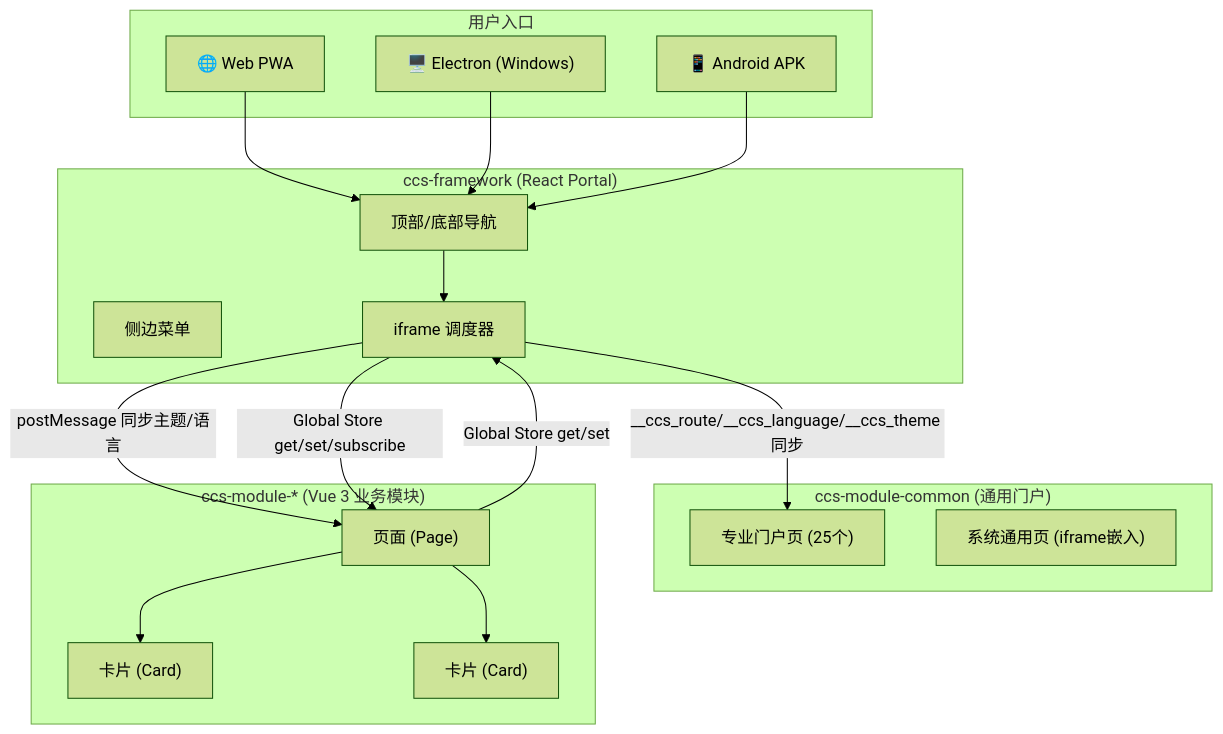
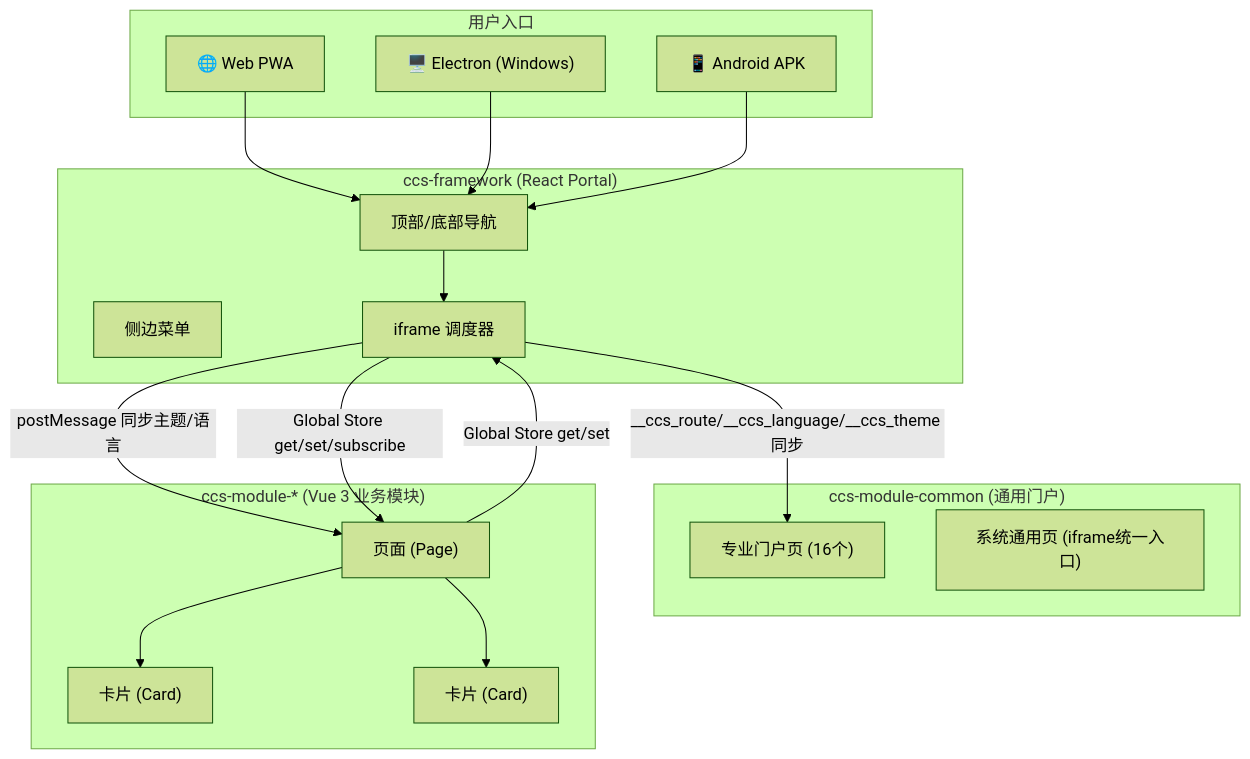
Before and after one commit to kevinmoch/ccs-monorepo: the first of 6 diagrams in README.md, drawn with Mermaid (forest theme). The commit also changed other lines of this file and 1 other file, not shown here.

````diff
--- a/README.md
+++ b/README.md
@@ -126,36 +136,36 @@
 ```mermaid
 graph TB
     subgraph "用户入口"
         Web["🌐 Web PWA"]
         Desktop["🖥️ Electron (Windows)"]
         Android["📱 Android APK"]
     end
 
     subgraph "ccs-framework (React Portal)"
         Nav["顶部/底部导航"]
         Menu["侧边菜单"]
         IFrame["iframe 调度器"]
     end
 
     subgraph "ccs-module-common (通用门户)"
-        Portal["专业门户页 (25个)"]
-        SystemPages["系统通用页 (iframe嵌入)"]
+        Portal["专业门户页 (16个)"]
+        SystemPages["系统通用页 (iframe统一入口)"]
     end
 
     subgraph "ccs-module-* (Vue 3 业务模块)"
         Page1["页面 (Page)"]
         Card1["卡片 (Card)"]
         Card2["卡片 (Card)"]
     end
 
     Web --> Nav
     Desktop --> Nav
     Android --> Nav
     Nav --> IFrame
     IFrame -->|__ccs_route/__ccs_language/__ccs_theme 同步| Portal
     IFrame -->|postMessage 同步主题/语言| Page1
     IFrame -->|Global Store get/set/subscribe| Page1
     Page1 -->|Global Store get/set| IFrame
     Page1 --> Card1
     Page1 --> Card2
 ```
````
